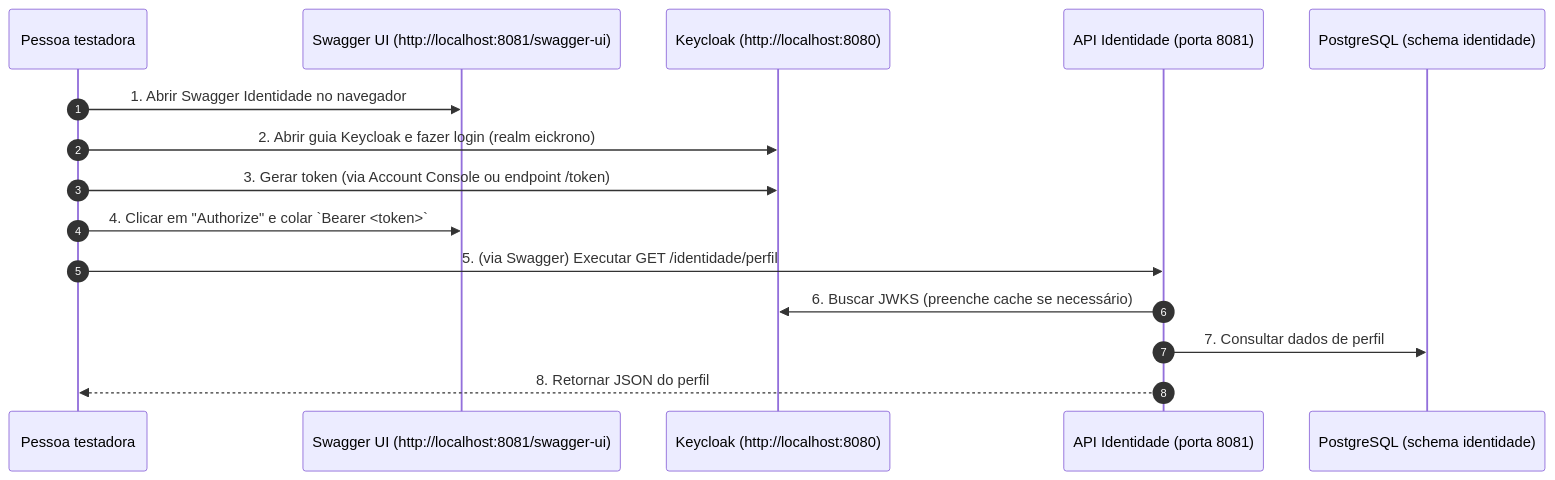
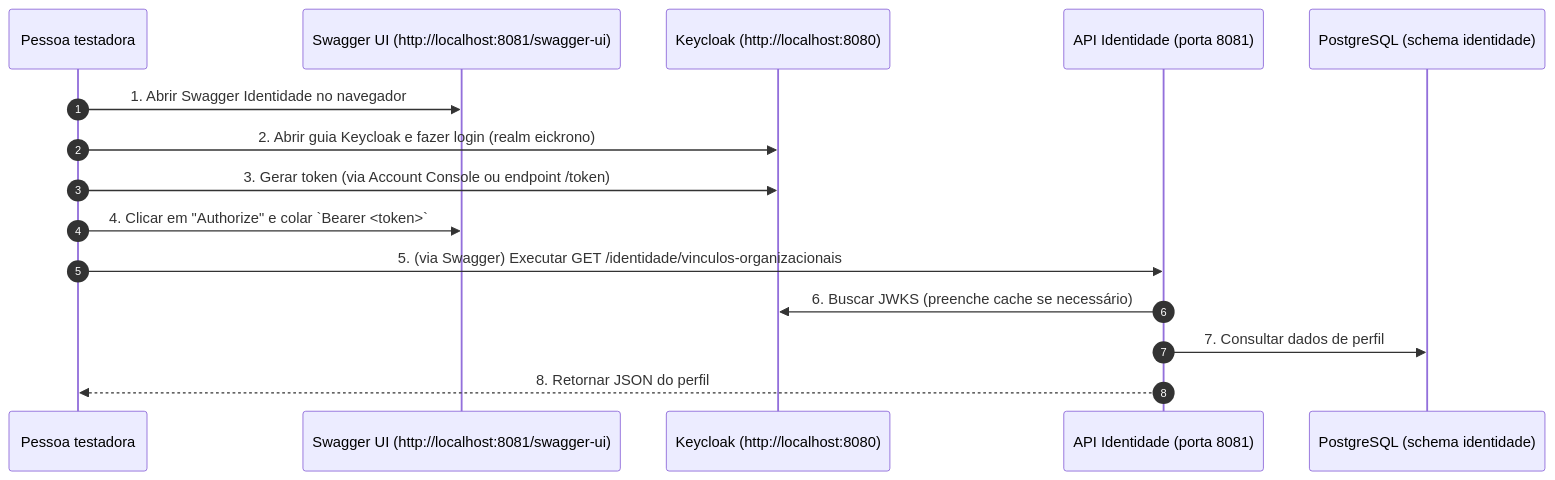
Before and after one commit to pedrosotc/eickrono-autenticacao-servidor: the fifth of 7 diagrams in documentacao/diagramas/casos-uso-sequencia.md, drawn with Mermaid. The commit also changed other lines of this file and 119 other files, not shown here.

````diff
--- a/documentacao/diagramas/casos-uso-sequencia.md
+++ b/documentacao/diagramas/casos-uso-sequencia.md
@@ -208,18 +208,18 @@
 ```mermaid
 sequenceDiagram
     autonumber
     participant QA as Pessoa testadora
     participant SW as Swagger UI (http://localhost:8081/swagger-ui)
     participant KC as Keycloak (http://localhost:8080)
     participant APII as API Identidade (porta 8081)
     participant DB as PostgreSQL (schema identidade)
 
     QA->>SW: 1. Abrir Swagger Identidade no navegador
     QA->>KC: 2. Abrir guia Keycloak e fazer login (realm eickrono)
     QA->>KC: 3. Gerar token (via Account Console ou endpoint /token)
     QA->>SW: 4. Clicar em "Authorize" e colar `Bearer <token>`
-    QA->>APII: 5. (via Swagger) Executar GET /identidade/perfil
+    QA->>APII: 5. (via Swagger) Executar GET /identidade/vinculos-organizacionais
     APII->>KC: 6. Buscar JWKS (preenche cache se necessário)
     APII->>DB: 7. Consultar dados de perfil
     APII-->>QA: 8. Retornar JSON do perfil
 ```
````
